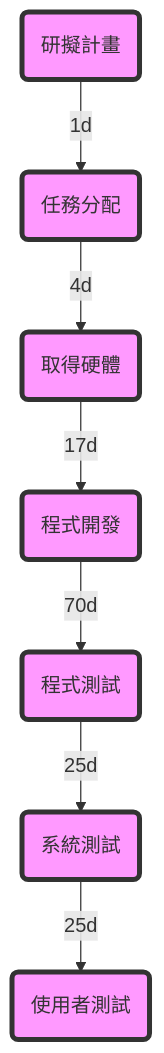
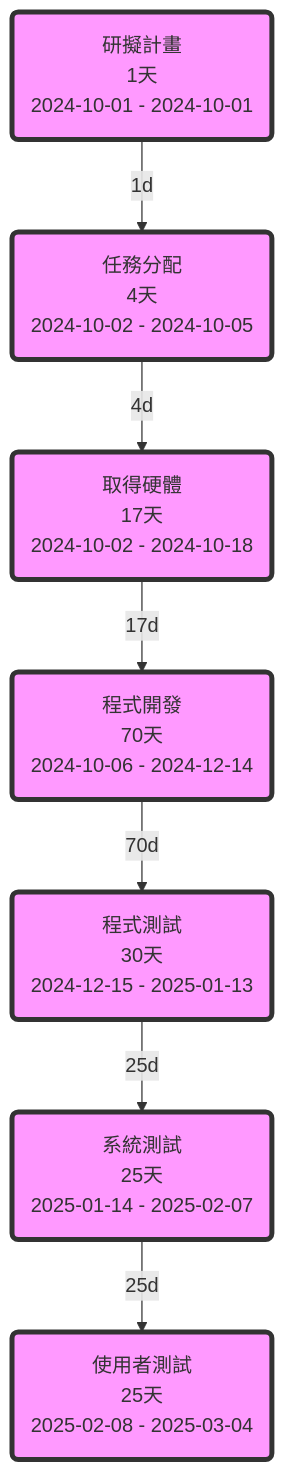
The third of 3 diagrams in README.md (JohnnyFu987/hw2), drawn with Mermaid before and after one commit.

````diff
--- a/README.md
+++ b/README.md
@@ -48,18 +48,18 @@
 ```mermaid
 graph TD;
-    A(研擬計畫) -->|1d| B(任務分配);
-    B -->|4d| C(取得硬體);
-    C -->|17d| D(程式開發);
-    D -->|70d| E(程式測試);
-    E -->|25d| I(系統測試);
-    I -->|25d| K(使用者測試);
+    A(研擬計畫<br/> 1天<br/> 2024-10-01 - 2024-10-01) -->|1d| B(任務分配<br/> 4天<br/> 2024-10-02 - 2024-10-05);
+    B -->|4d| C(取得硬體<br/> 17天<br/> 2024-10-02 - 2024-10-18);
+    C -->|17d| D(程式開發<br/> 70天<br/> 2024-10-06 - 2024-12-14);
+    D -->|70d| E(程式測試<br/> 30天<br/> 2024-12-15 - 2025-01-13);
+    E -->|25d| I(系統測試<br/> 25天<br/> 2025-01-14 - 2025-02-07);
+    I -->|25d| K(使用者測試<br/> 25天<br/> 2025-02-08 - 2025-03-04);
+    
     style A fill:#f9f,stroke:#333,stroke-width:4px
     style B fill:#f9f,stroke:#333,stroke-width:4px
     style C fill:#f9f,stroke:#333,stroke-width:4px
     style D fill:#f9f,stroke:#333,stroke-width:4px
     style E fill:#f9f,stroke:#333,stroke-width:4px
     style I fill:#f9f,stroke:#333,stroke-width:4px
     style K fill:#f9f,stroke:#333,stroke-width:4px
 
-
 ```
````
